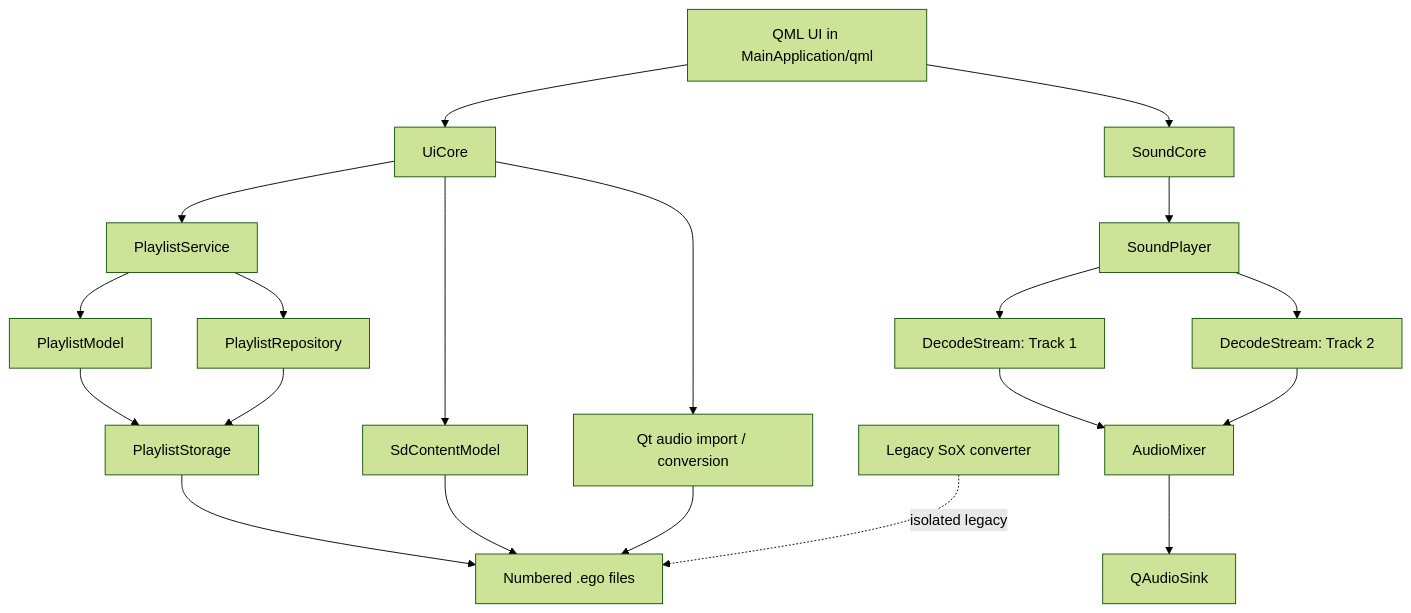
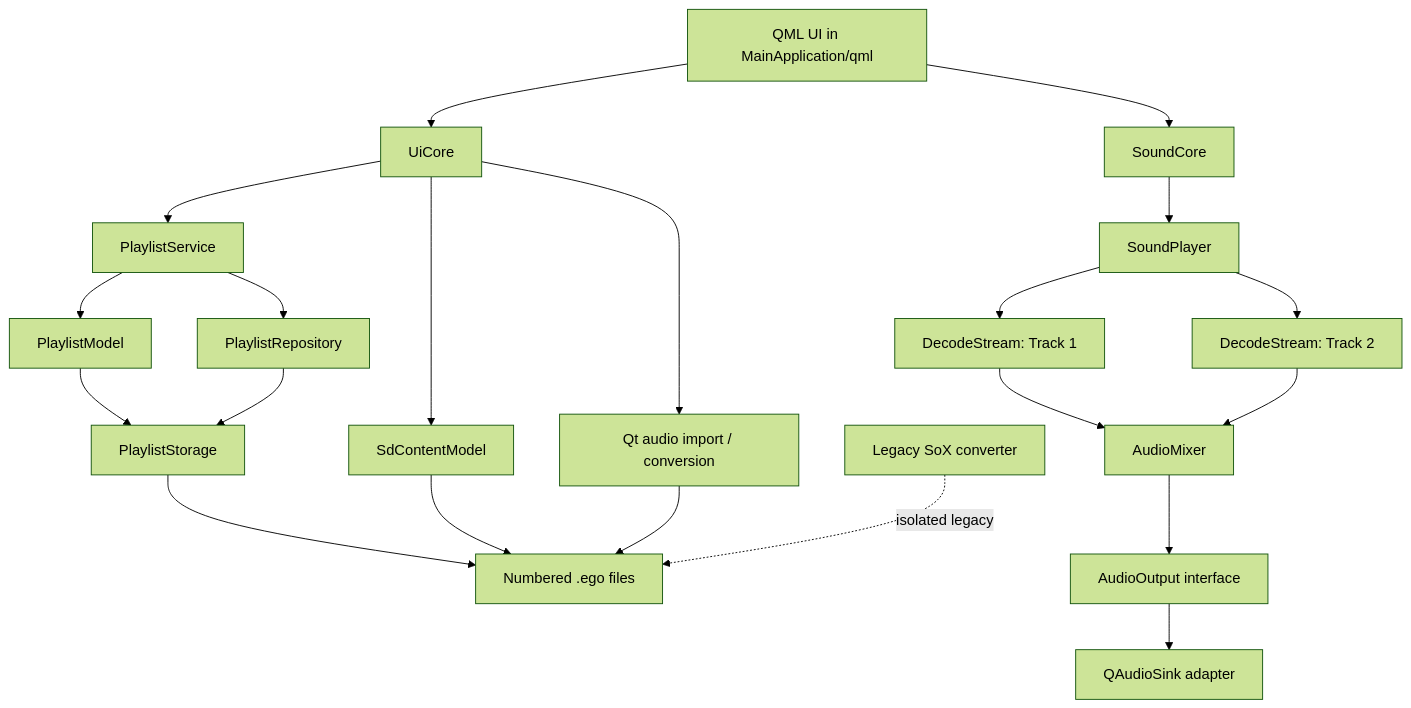
The diagram in docs/ARCHITECTURE.md (DIME-TILL-DEATH/EgoApp), drawn with Mermaid (forest theme) before and after one commit. The commit also changed other lines of this file and 7 other files, not shown here.

````diff
--- a/docs/ARCHITECTURE.md
+++ b/docs/ARCHITECTURE.md
@@ -5,22 +5,23 @@
 ```mermaid
 flowchart TD
  QML[QML UI in MainApplication/qml] --> CORE[UiCore]
  QML --> SOUNDCORE[SoundCore]
  CORE --> SERVICE[PlaylistService]
  CORE --> SD[SdContentModel]
  SERVICE --> PL[PlaylistModel]
  SERVICE --> REPO[PlaylistRepository]
  PL --> STORAGE[PlaylistStorage]
  REPO --> STORAGE
  STORAGE --> FS[Numbered .ego files]
  SD --> FS
  CORE --> IMP[Qt audio import / conversion]
  IMP --> FS
  SOUNDCORE --> PLAYER[SoundPlayer]
  PLAYER --> DEC1[DecodeStream: Track 1]
  PLAYER --> DEC2[DecodeStream: Track 2]
  DEC1 --> MIX[AudioMixer]
  DEC2 --> MIX
- MIX --> OUT[QAudioSink]
+ MIX --> OUT[AudioOutput interface]
+ OUT --> SINK[QAudioSink adapter]
  LEGACY[Legacy SoX converter] -. isolated legacy .-> FS
 ```
````
